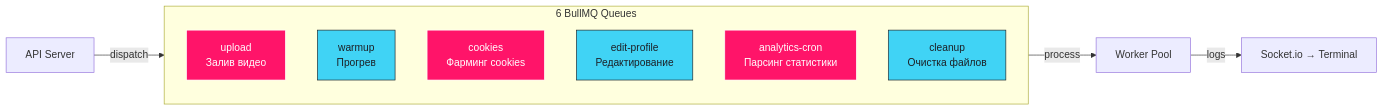
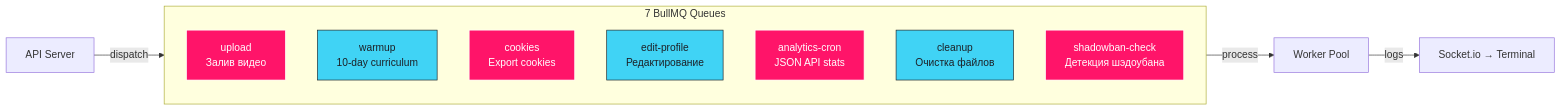
Before and after one commit to simu-lacrum/melonitymedia: the fifth of 6 diagrams in README.md, drawn with Mermaid. The commit also changed other lines of this file, not shown here.

First line of the commit message:
docs: update README for v3 antidetect architecture

````diff
--- a/README.md
+++ b/README.md
@@ -346,22 +372,24 @@
 ```mermaid
 graph LR
-    subgraph Queues["6 BullMQ Queues"]
-        Q1[upload<br/>Залив видео]
-        Q2[warmup<br/>Прогрев]
-        Q3[cookies<br/>Фарминг cookies]
-        Q4[edit-profile<br/>Редактирование]
-        Q5[analytics-cron<br/>Парсинг статистики]
-        Q6[cleanup<br/>Очистка файлов]
+    subgraph Queues["7 BullMQ Queues"]
+        Q1["upload<br/>Залив видео"]
+        Q2["warmup<br/>10-day curriculum"]
+        Q3["cookies<br/>Export cookies"]
+        Q4["edit-profile<br/>Редактирование"]
+        Q5["analytics-cron<br/>JSON API stats"]
+        Q6["cleanup<br/>Очистка файлов"]
+        Q7["shadowban-check<br/>Детекция шэдоубана"]
     end
 
     API[API Server] -->|dispatch| Queues
     Queues -->|process| WORKER[Worker Pool]
-    WORKER -->|logs| SOCKET[Socket.io → Terminal]
+    WORKER -->|logs| SOCKET["Socket.io → Terminal"]
 
     style Q1 fill:#ff1469,stroke:#fff,color:#fff
     style Q2 fill:#40D3F5,stroke:#1c2026,color:#1c2026
     style Q3 fill:#ff1469,stroke:#fff,color:#fff
     style Q4 fill:#40D3F5,stroke:#1c2026,color:#1c2026
     style Q5 fill:#ff1469,stroke:#fff,color:#fff
     style Q6 fill:#40D3F5,stroke:#1c2026,color:#1c2026
+    style Q7 fill:#ff1469,stroke:#fff,color:#fff
 ```
````
